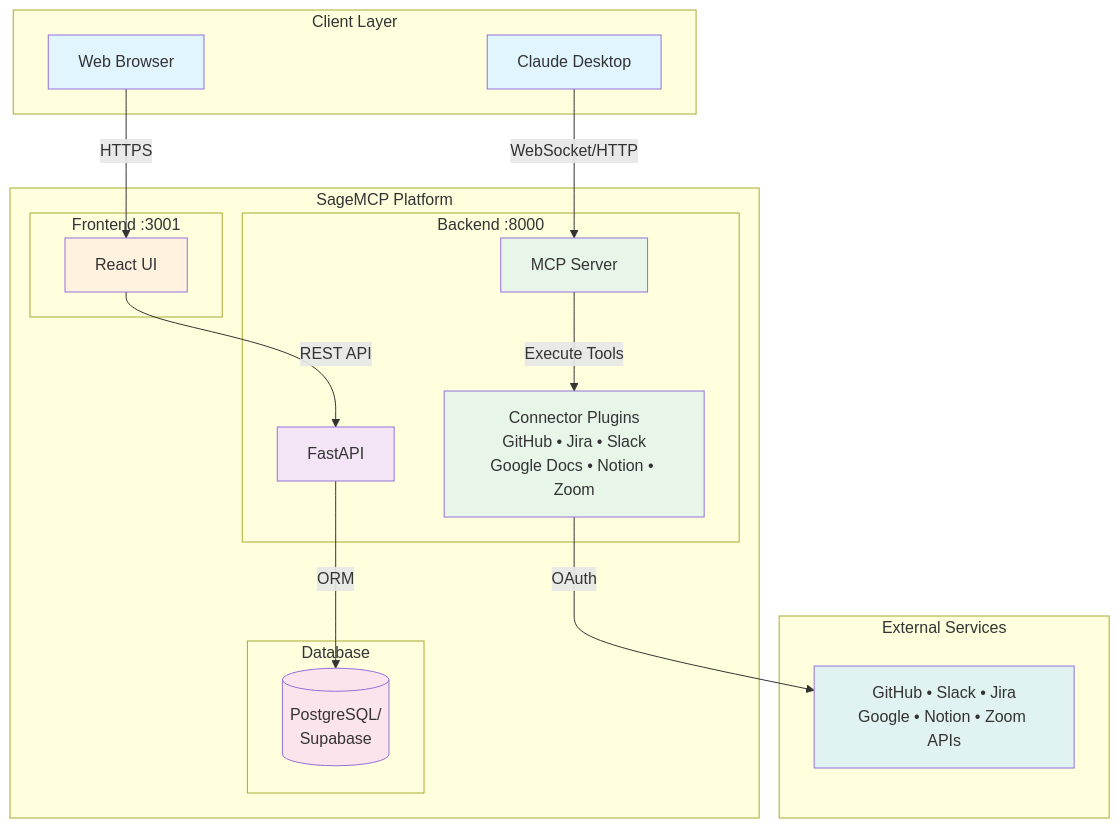
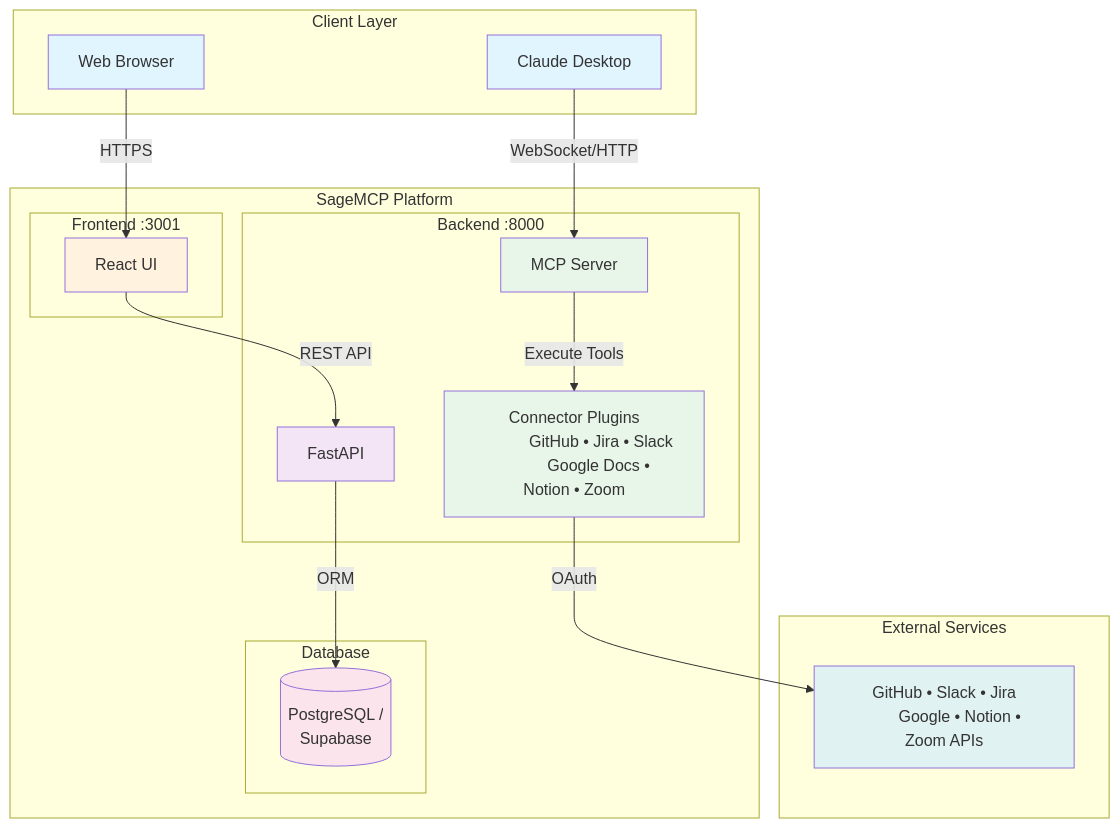
Before and after one commit to mvmcode/SageMCP: the diagram in README.md, drawn with Mermaid.

Commit message:
Update Architecture documentation

````diff
--- a/README.md
+++ b/README.md
@@ -29,43 +29,47 @@
 ```mermaid
 graph TB
-    subgraph "Client Layer"
+    subgraph Client["Client Layer"]
         CD[Claude Desktop]
         WEB[Web Browser]
     end
 
-    subgraph "SageMCP Platform"
-        subgraph "Frontend :3001"
+    subgraph Platform["SageMCP Platform"]
+        subgraph Frontend["Frontend :3001"]
             UI[React UI]
         end
 
-        subgraph "Backend :8000"
+        subgraph Backend["Backend :8000"]
             API[FastAPI]
             MCP[MCP Server]
-            CONNECTORS[Connector Plugins<br/>GitHub • Jira • Slack<br/>Google Docs • Notion • Zoom]
+            CONNECTORS["Connector Plugins
+            GitHub • Jira • Slack
+            Google Docs • Notion • Zoom"]
         end
 
-        subgraph "Database"
-            DB[(PostgreSQL/<br/>Supabase)]
+        subgraph Database["Database"]
+            DB[("PostgreSQL /
+            Supabase")]
         end
     end
 
-    subgraph "External Services"
-        EXT[GitHub • Slack • Jira<br/>Google • Notion • Zoom APIs]
+    subgraph External["External Services"]
+        EXT["GitHub • Slack • Jira
+        Google • Notion • Zoom APIs"]
     end
 
     CD -->|WebSocket/HTTP| MCP
     WEB -->|HTTPS| UI
     UI -->|REST API| API
     MCP -->|Execute Tools| CONNECTORS
     API -->|ORM| DB
     CONNECTORS -->|OAuth| EXT
 
     style CD fill:#e1f5ff
     style WEB fill:#e1f5ff
     style UI fill:#fff3e0
     style API fill:#f3e5f5
     style MCP fill:#e8f5e9
     style CONNECTORS fill:#e8f5e9
     style DB fill:#fce4ec
     style EXT fill:#e0f2f1
 ```
````
